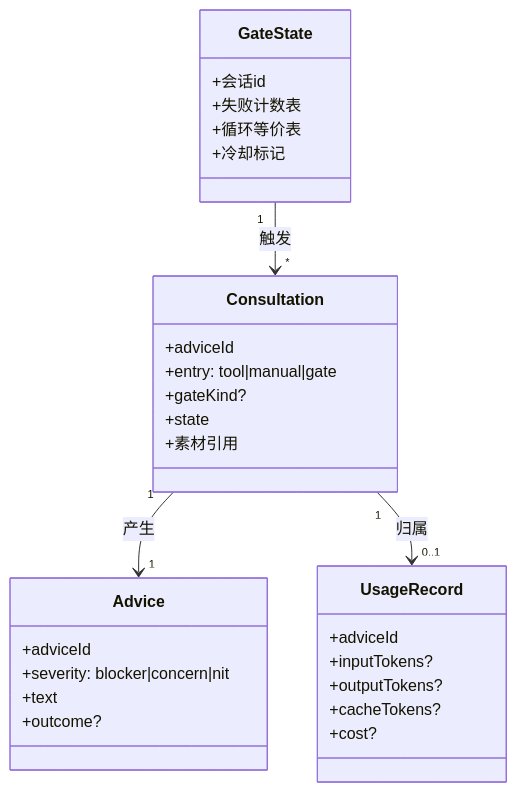
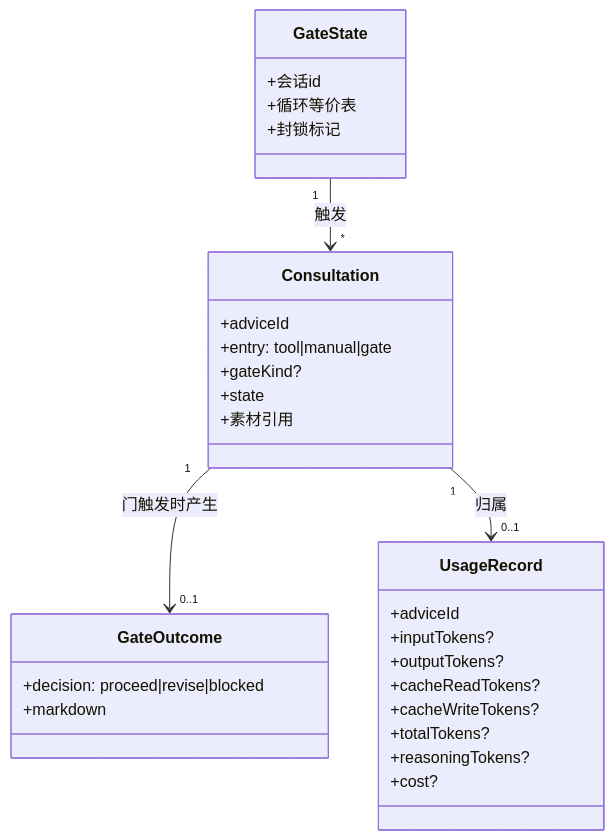
Before and after one commit to ccll/dsh-advisor-flow: the fifth of 9 diagrams in SOLUTION.md, drawn with Mermaid. The commit also changed other lines of this file and 6 other files, not shown here.

````diff
--- a/SOLUTION.md
+++ b/SOLUTION.md
@@ -188,32 +174,32 @@
 ```mermaid
 classDiagram
     class Consultation {
         +adviceId
         +entry: tool|manual|gate
         +gateKind?
         +state
         +素材引用
     }
-    class Advice {
-        +adviceId
-        +severity: blocker|concern|nit
-        +text
-        +outcome?
+    class GateOutcome {
+        +decision: proceed|revise|blocked
+        +markdown
     }
     class UsageRecord {
         +adviceId
         +inputTokens?
         +outputTokens?
-        +cacheTokens?
+        +cacheReadTokens?
+        +cacheWriteTokens?
+        +totalTokens?
+        +reasoningTokens?
         +cost?
     }
     class GateState {
         +会话id
-        +失败计数表
         +循环等价表
-        +冷却标记
+        +封锁标记
     }
-    Consultation "1" --> "1" Advice : 产生
+    Consultation "1" --> "0..1" GateOutcome : 门触发时产生
     Consultation "1" --> "0..1" UsageRecord : 归属
     GateState "1" --> "*" Consultation : 触发
 ```
````
